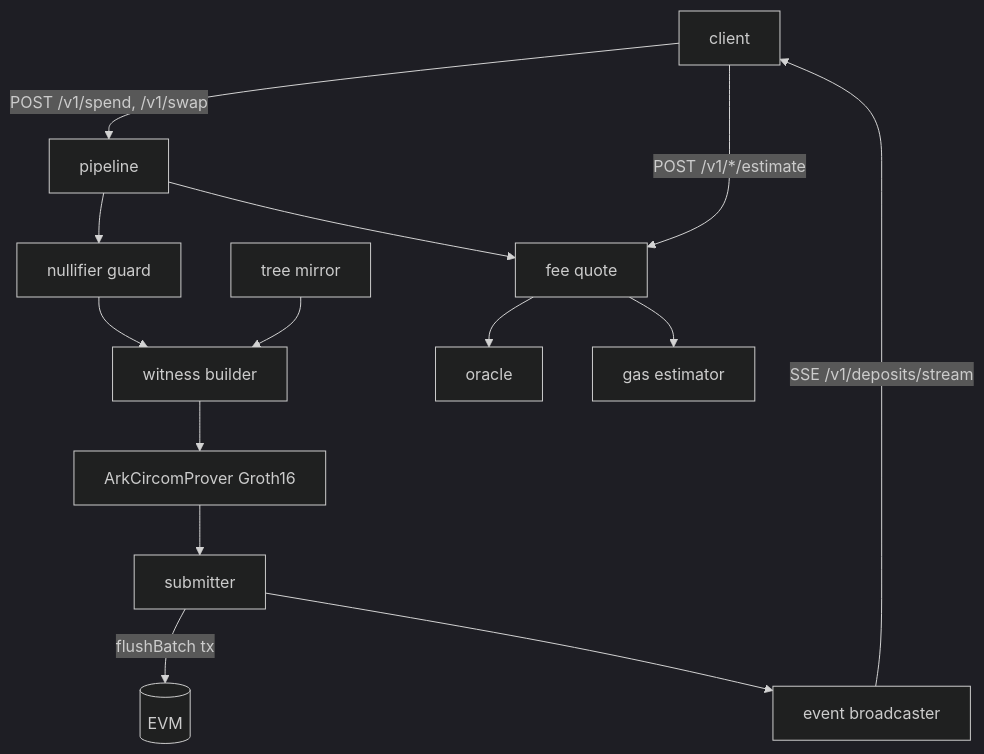
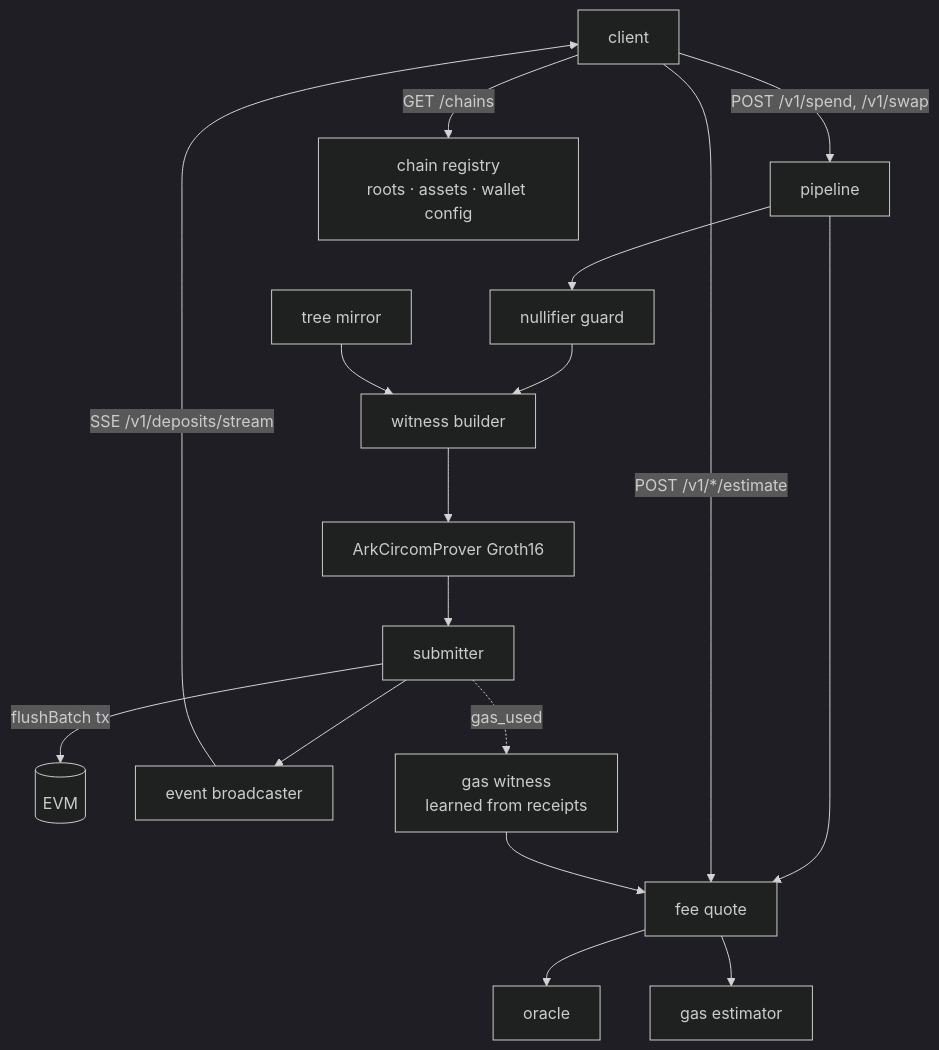
One commit to lelantos-org/backend changed the fifth of 8 diagrams in README.md. Above: the diagram before and after it, drawn with Mermaid (dark theme). The commit also changed other lines of this file and 14 other files, not shown here.

````diff
--- a/README.md
+++ b/README.md
@@ -133,15 +140,18 @@
 ```mermaid
 flowchart TD
   CL[client] -->|POST /v1/spend, /v1/swap| PIPE[pipeline]
+  CL -->|GET /chains| REG[chain registry<br/>roots · assets · wallet config]
   PIPE --> NG[nullifier guard]
   NG --> W[witness builder]
   MIR[tree mirror] --> W
   W --> PR[ArkCircomProver Groth16]
   PR --> SUB[submitter]
   SUB -->|flushBatch tx| EVM[(EVM)]
   PIPE --> FQ[fee quote]
   FQ --> OR[oracle] & GE[gas estimator]
   SUB --> EV[event broadcaster]
   EV -->|SSE /v1/deposits/stream| CL
   CL -->|POST /v1/*/estimate| FQ
+  GW[gas witness<br/>learned from receipts] --> FQ
+  SUB -.gas_used.-> GW
 ```
````
